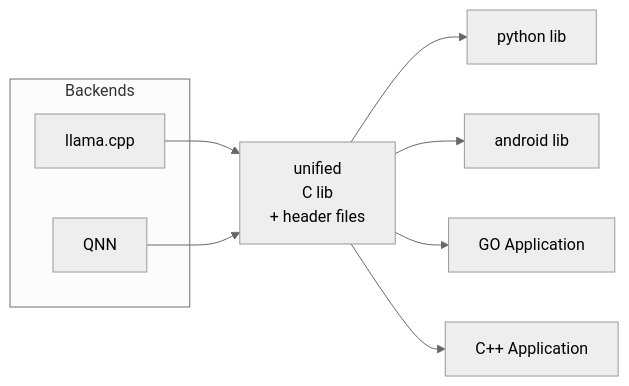
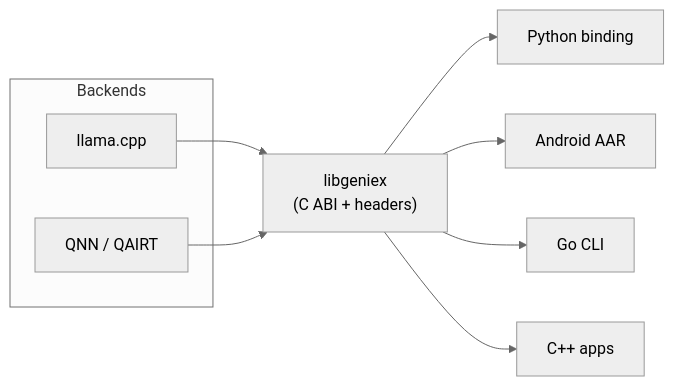
One commit to qualcomm/nexa-sdk changed the diagram in sdk/README.md. Above: the diagram before and after it, drawn with Mermaid (neutral theme). The commit also changed other lines of this file and 1 other file, not shown here.

First line of the commit message:
docs(sdk): rewrite stale sdk/README, move llama-cpp-python note to python binding

````diff
--- a/sdk/README.md
+++ b/sdk/README.md
@@ -22,18 +20,13 @@
 ```mermaid
 flowchart LR
-    %% Back-end engines feeding the C layer
     subgraph Backends
         llama[llama.cpp]
-        geniexqnn[QNN]
+        qnn[QNN / QAIRT]
     end
-
-    %% Converge into the unified C interface
-    llama --> unified["unified<br/>C lib<br/> + header files"]
-    geniexqnn --> unified
-
-    %% Outgoing bindings / targets
-    unified --> pythonlib[python lib]
-    unified --> androidlib[android lib]
-    unified --> goapp[GO Application]
-    unified --> cppapp[C++ Application]
+    llama --> unified["libgeniex<br/>(C ABI + headers)"]
+    qnn --> unified
+    unified --> py[Python binding]
+    unified --> android[Android AAR]
+    unified --> go[Go CLI]
+    unified --> cpp[C++ apps]
 ```
````
